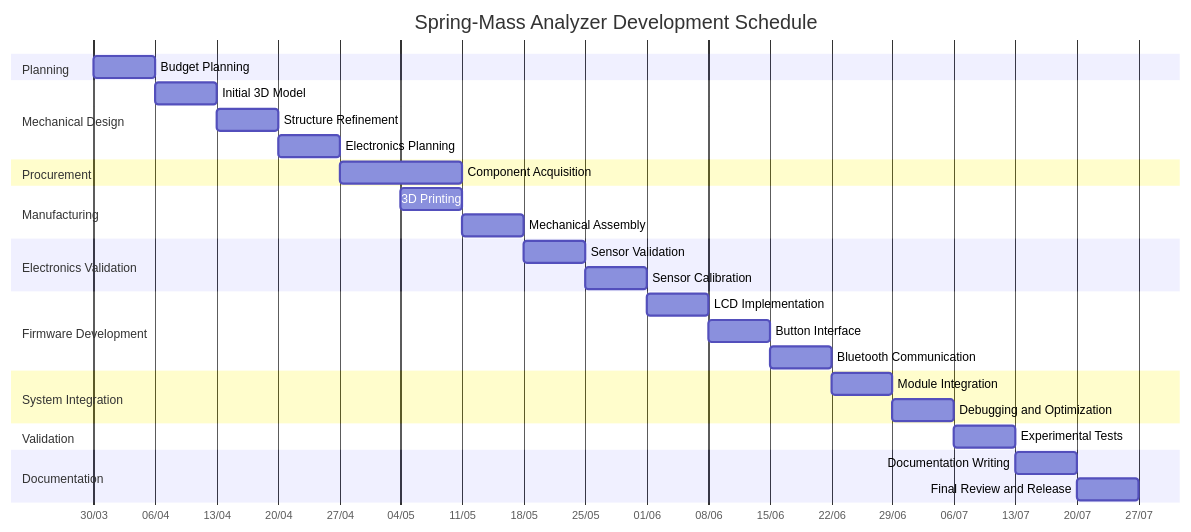
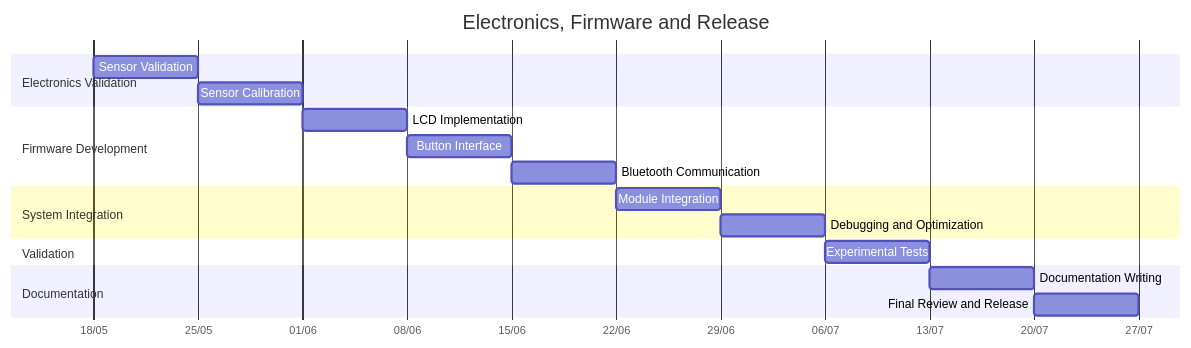
One commit to DaviBarbosaMedeiros/Spring-Mass-Collector changed the second of 2 diagrams in docs/timeline.md. Above: the diagram before and after it, drawn with Mermaid. The commit also changed other lines of this file, not shown here.

````diff
--- a/docs/timeline.md
+++ b/docs/timeline.md
@@ -7,41 +49,26 @@
 ```mermaid
 gantt
-    title Spring-Mass Analyzer Development Schedule
+    title Electronics, Firmware and Release
     dateFormat YYYY-MM-DD
     axisFormat %d/%m
 
-    section Planning
-    Budget Planning                :a1, 2025-03-30, 7d
-
-    section Mechanical Design
-    Initial 3D Model               :a2, 2025-04-06, 7d
-    Structure Refinement           :a3, 2025-04-13, 7d
-    Electronics Planning           :a4, 2025-04-20, 7d
-
-    section Procurement
-    Component Acquisition          :a5, 2025-04-27, 14d
-
-    section Manufacturing
-    3D Printing                    :a6, 2025-05-04, 7d
-    Mechanical Assembly            :a7, 2025-05-11, 7d
-
     section Electronics Validation
-    Sensor Validation              :a8, 2025-05-18, 7d
-    Sensor Calibration             :a9, 2025-05-25, 7d
+    Sensor Validation            :b1, 2025-05-18, 7d
+    Sensor Calibration           :b2, 2025-05-25, 7d
 
     section Firmware Development
-    LCD Implementation             :a10, 2025-06-01, 7d
-    Button Interface               :a11, 2025-06-08, 7d
-    Bluetooth Communication        :a12, 2025-06-15, 7d
+    LCD Implementation           :b3, 2025-06-01, 7d
+    Button Interface             :b4, 2025-06-08, 7d
+    Bluetooth Communication      :b5, 2025-06-15, 7d
 
     section System Integration
-    Module Integration             :a13, 2025-06-22, 7d
-    Debugging and Optimization     :a14, 2025-06-29, 7d
+    Module Integration           :b6, 2025-06-22, 7d
+    Debugging and Optimization   :b7, 2025-06-29, 7d
 
     section Validation
-    Experimental Tests             :a15, 2025-07-06, 7d
+    Experimental Tests           :b8, 2025-07-06, 7d
 
     section Documentation
-    Documentation Writing          :a16, 2025-07-13, 7d
-    Final Review and Release       :a17, 2025-07-20, 7d
+    Documentation Writing        :b9, 2025-07-13, 7d
+    Final Review and Release     :b10, 2025-07-20, 7d
 ```
````
